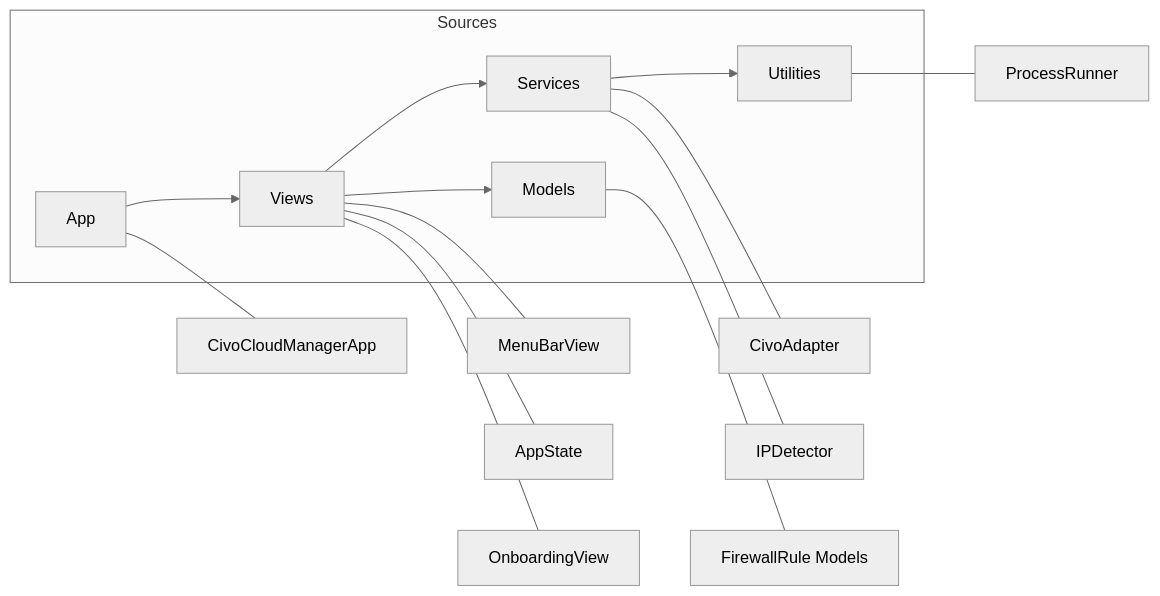
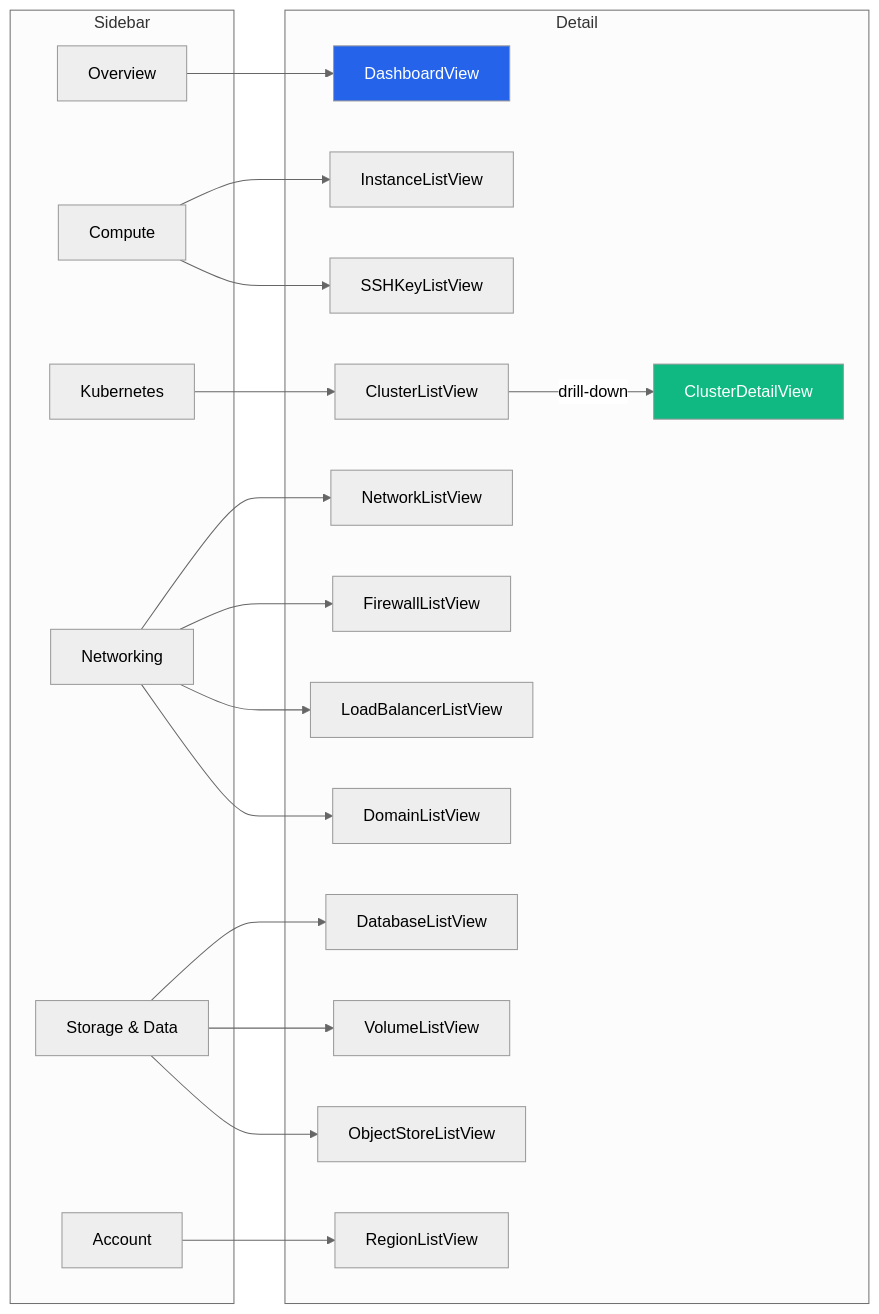
One commit to marcelrgberger/civo-cloud-manager changed the seventh of 7 diagrams in README.md. Above: the diagram before and after it, drawn with Mermaid (neutral theme). The commit also changed other lines of this file and 89 other files, not shown here.

First line of the commit message:
Full CLI GUI: native Civo HTTP API, dashboard, paywall, 7 languages, App Store ready

````diff
--- a/README.md
+++ b/README.md
@@ -127,18 +463,30 @@
 ```mermaid
 graph LR
-    subgraph Sources
-        A[App] --> B[Views]
-        B --> C[Services]
-        C --> D[Utilities]
-        B --> E[Models]
+    subgraph Sidebar
+        OV[Overview]
+        CO[Compute]
+        KU[Kubernetes]
+        NE[Networking]
+        ST["Storage & Data"]
+        AC[Account]
     end
 
-    A --- A1[CivoCloudManagerApp]
-    B --- B1[MenuBarView]
-    B --- B2[AppState]
-    B --- B3[OnboardingView]
-    C --- C1[CivoAdapter]
-    C --- C2[IPDetector]
-    D --- D1[ProcessRunner]
-    E --- E1[FirewallRule Models]
+    subgraph Detail
+        OV --> DA[DashboardView]
+        CO --> IL[InstanceListView]
+        CO --> SK[SSHKeyListView]
+        KU --> CL[ClusterListView]
+        CL -->|drill-down| CD[ClusterDetailView]
+        NE --> NL[NetworkListView]
+        NE --> FL[FirewallListView]
+        NE --> LB[LoadBalancerListView]
+        NE --> DL[DomainListView]
+        ST --> DBL[DatabaseListView]
+        ST --> VL[VolumeListView]
+        ST --> OL[ObjectStoreListView]
+        AC --> RL[RegionListView]
+    end
+
+    style DA fill:#2563EB,color:#fff
+    style CD fill:#10B981,color:#fff
 ```
````
